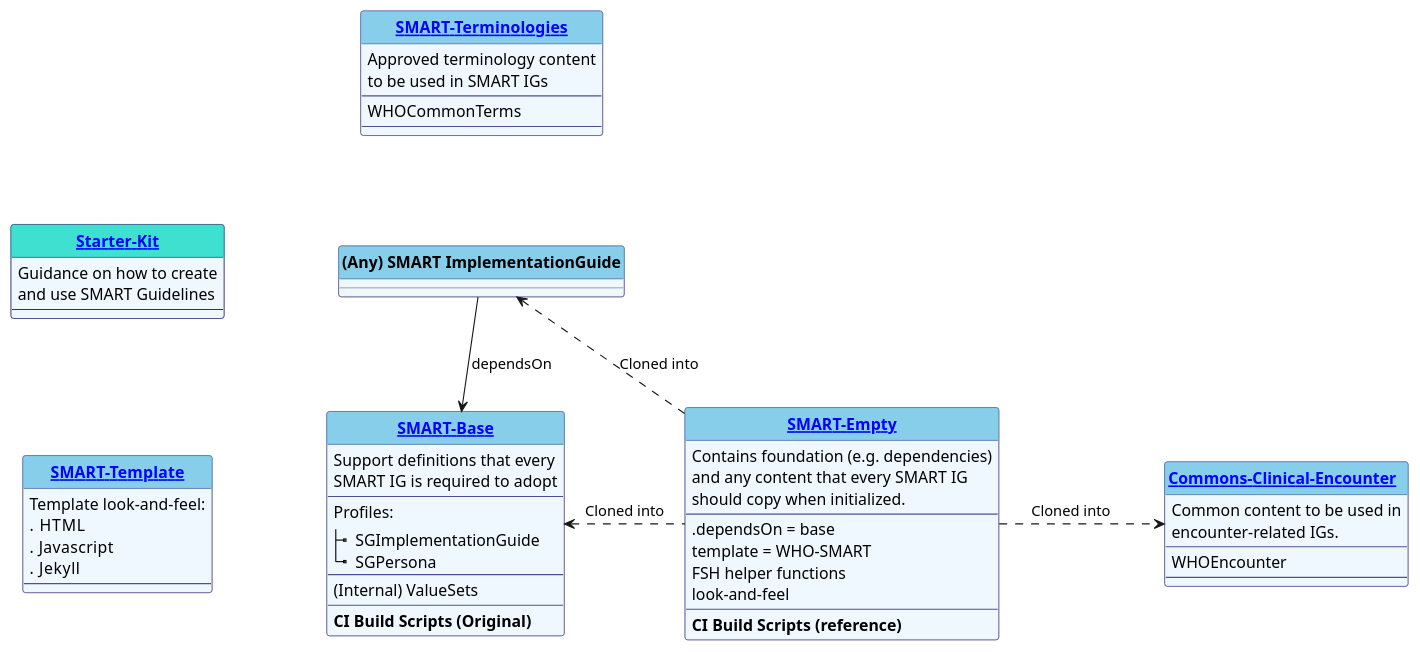
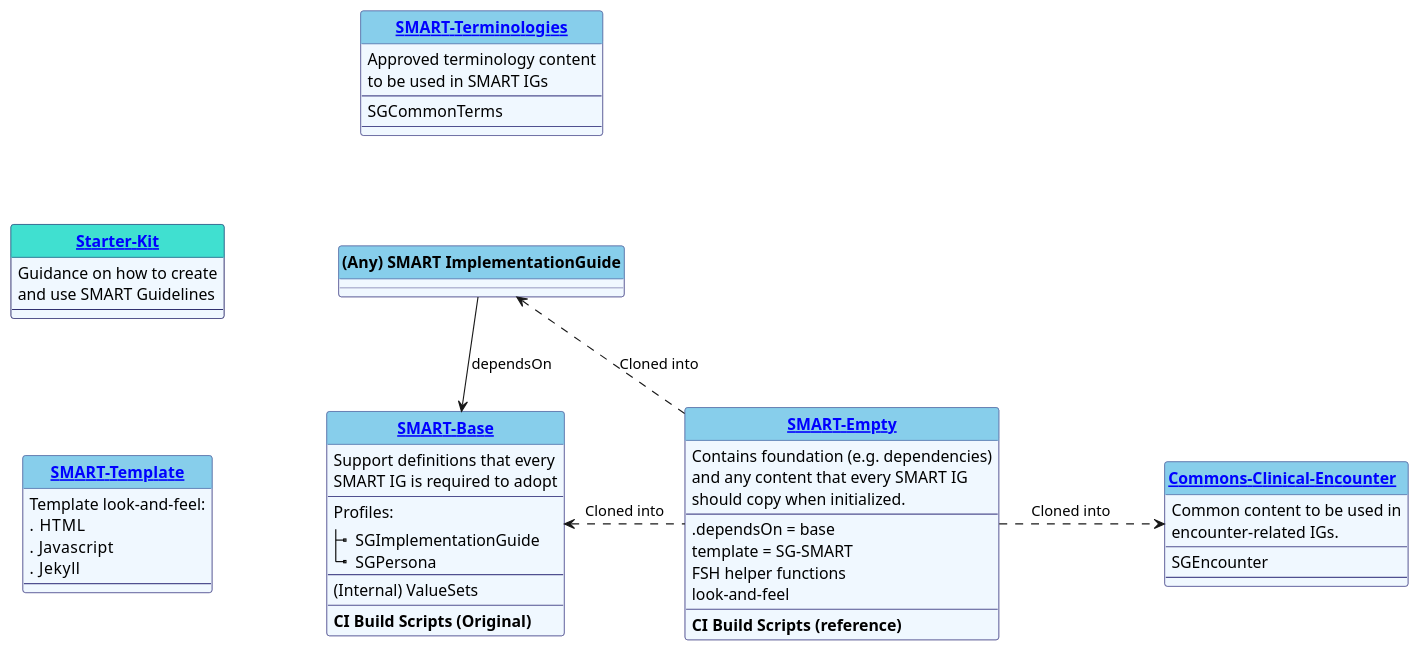
Before and after one commit to WorldHealthOrganization/smart-ig-starter-kit: the diagram in input/images-source/dependencies.plantuml, drawn with PlantUML. The commit also changed 8 other files, not shown here.

```diff
--- a/input/images-source/dependencies.plantuml
+++ b/input/images-source/dependencies.plantuml
@@ -1,128 +1,128 @@
 @startuml
 'skinparam linetype ortho
 skinparam linetype polyline
 hide circle
 hide stereotype
 
 '!pragma layout smetana
 
 skinparam class<<MD>> {
  BorderColor DarkSlateGray
  BackgroundColor WhiteSmoke
  HeaderBackgroundColor #909090
 }
 
 skinparam class<<TM>> {
  BorderColor #505090
  BackgroundColor AliceBlue
  HeaderBackgroundColor SkyBlue
 }
 
 
 skinparam class<<TM+>> {
  BorderColor #303070  
  BackgroundColor AliceBlue
  HeaderBackgroundColor Turquoise 
 }
 
 
      class "**[[https://build.fhir.org/ig/WorldHealthOrganization/smart-ig-template-who SMART-Template]]**" as Tpl<<TM>> {
          Template look-and-feel:
          .  HTML
          .  Javascript
          .  Jekyll
          --
     }
 
      class "**[[https://build.fhir.org/ig/WorldHealthOrganization/smart-terminologies SMART-Terminologies]]**" as T<<TM>> {
          Approved terminology content
          to be used in SMART IGs 
          --
-         WHOCommonTerms
+         SGCommonTerms
          --
     }
 
     class "**[[https://build.fhir.org/ig/WorldHealthOrganization/smart-base SMART-Base]]**" as Base<<TM>> {
         Support definitions that every
         SMART IG is required to adopt  
         --
         Profiles:
         |_  SGImplementationGuide
         |_  SGPersona
         --
         (Internal) ValueSets
         --
         **CI Build Scripts (Original)**
     }
 
 
     class "**[[https://build.fhir.org/ig/WorldHealthOrganization/smart-commons-clinical-encounter Commons-Clinical-Encounter  ]]**" as CE<<TM>> {
         Common content to be used in 
         encounter-related IGs.
         --
-        WHOEncounter 
+        SGEncounter 
         --
     }
 
 
     class "**[[https://build.fhir.org/ig/WorldHealthOrganization/smart-ig-empty SMART-Empty]]**" as E<<TM>> {
         Contains foundation (e.g. dependencies) 
         and any content that every SMART IG
         should copy when initialized.
         --
         .dependsOn = base
-        template = WHO-SMART
+        template = SG-SMART
         FSH helper functions
         look-and-feel
         --
         **CI Build Scripts (reference)**
     }
 
 
     class "**[[https://build.fhir.org/ig/WorldHealthOrganization/smart-ig-starter-kit Starter-Kit]]**" as SK<<TM+>> {
       Guidance on how to create 
       and use SMART Guidelines
       --
     }
 
     class "**(Any) SMART ImplementationGuide**" as IG<<TM>> {
     }
 
 
 
     ' class "**PublicationRepo**" as Pub<<MD>> {
     '   Webroot content repository
     '   for published releases (html)
     '   --
     ' }
 
 
 ' We con't want IGs to define on StarterKit
 ' Common contains instances of SGPersona
 
 SK  -d[hidden]-> Tpl : "      "
 Tpl  -d[hidden]-> Base : "      "
 
 
 Base  -l[hidden]-> Tpl : "                   "
 IG  -l[hidden]-> SK : "                   "
 'SK  -r[hidden]-> E : "                   "
 E  .u.> IG: "Cloned into"
 E .l.> Base: "Cloned into"
 'E -u-> Base: "dependsOn"
 IG --> Base: "dependsOn"
 'IG .r.> Pub : "                "
 T -d[hidden]-> IG : "           "
 
 
 
 
 
 'C -u-> Core 
 E  .r.> CE: "   Cloned into         "
 'IG  <.. CE: "   Cloned into         "
 'IG  ..> Pub 
 
 
 
 @enduml
```
